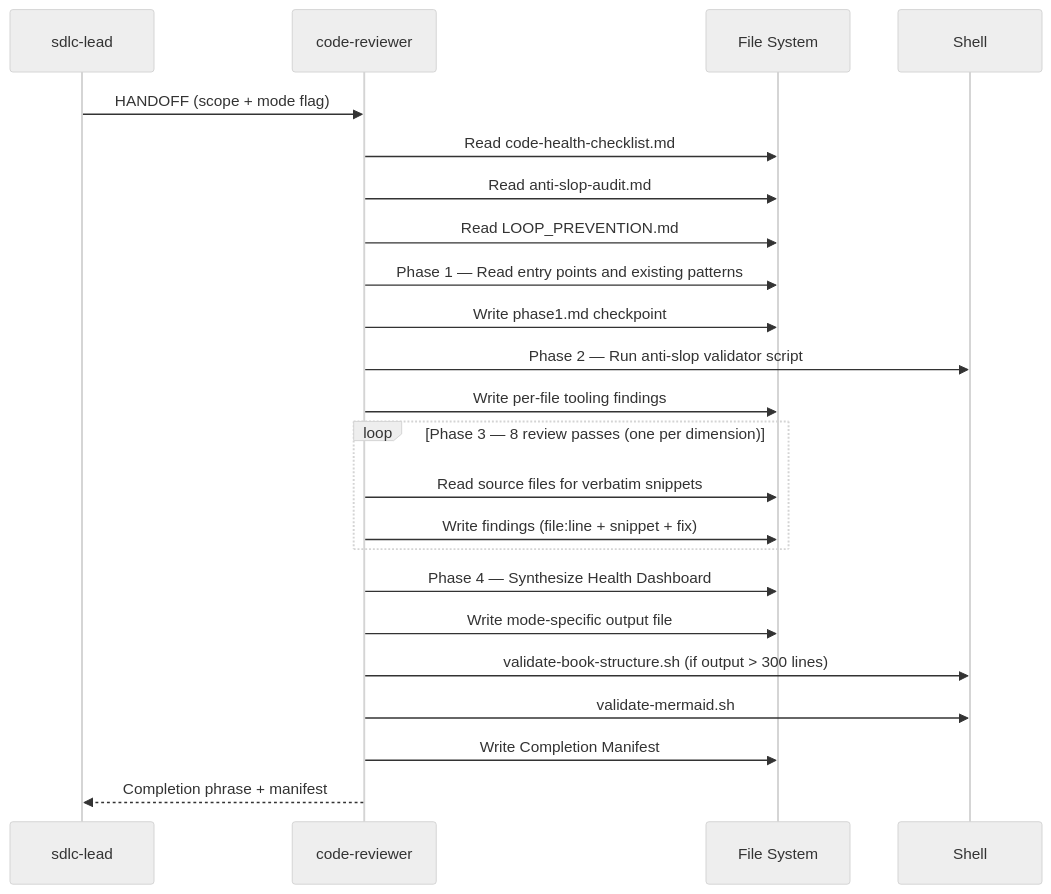
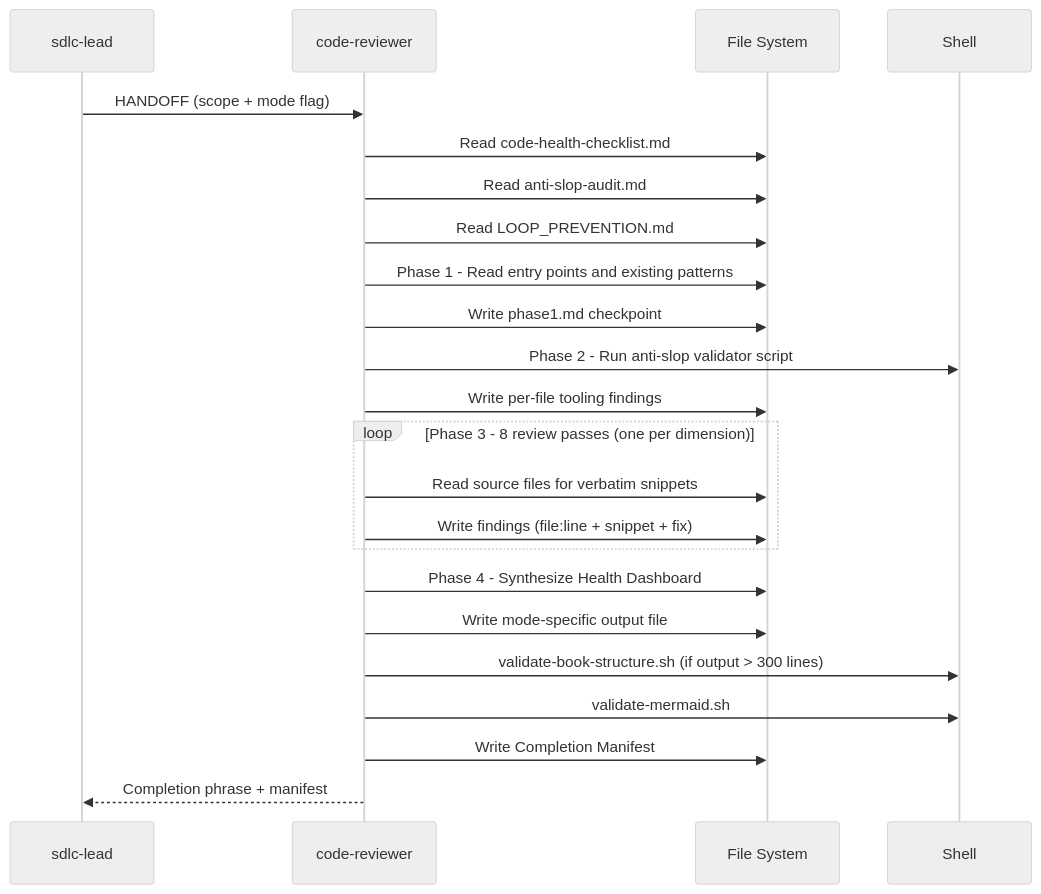
Before and after one commit to bpmforge/attest: the diagram in docs/review/05-agents/05-code-reviewer.md, drawn with Mermaid (neutral theme). The commit also changed 28 other files, not shown here.

First line of the commit message:
docs: refresh all docs for v1.1-v1.6 + autofix mermaid in review book

````diff
--- a/docs/review/05-agents/05-code-reviewer.md
+++ b/docs/review/05-agents/05-code-reviewer.md
@@ -13,30 +13,30 @@
 ```mermaid
 sequenceDiagram
     participant LEAD as sdlc-lead
     participant REV as code-reviewer
     participant FS as File System
     participant SH as Shell
 
     LEAD->>REV: HANDOFF (scope + mode flag)
     REV->>FS: Read code-health-checklist.md
     REV->>FS: Read anti-slop-audit.md
     REV->>FS: Read LOOP_PREVENTION.md
 
-    REV->>FS: Phase 1 — Read entry points and existing patterns
+    REV->>FS: Phase 1 - Read entry points and existing patterns
     REV->>FS: Write phase1.md checkpoint
 
-    REV->>SH: Phase 2 — Run anti-slop validator script
+    REV->>SH: Phase 2 - Run anti-slop validator script
     REV->>FS: Write per-file tooling findings
 
-    loop Phase 3 — 8 review passes (one per dimension)
+    loop Phase 3 - 8 review passes (one per dimension)
         REV->>FS: Read source files for verbatim snippets
         REV->>FS: Write findings (file:line + snippet + fix)
     end
 
-    REV->>FS: Phase 4 — Synthesize Health Dashboard
+    REV->>FS: Phase 4 - Synthesize Health Dashboard
     REV->>FS: Write mode-specific output file
     REV->>SH: validate-book-structure.sh (if output > 300 lines)
     REV->>SH: validate-mermaid.sh
     REV->>FS: Write Completion Manifest
     REV-->>LEAD: Completion phrase + manifest
 ```
````
